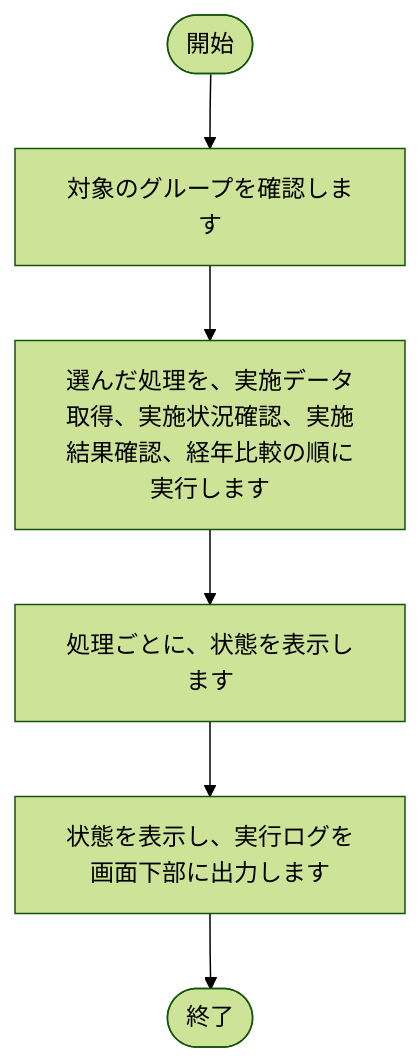
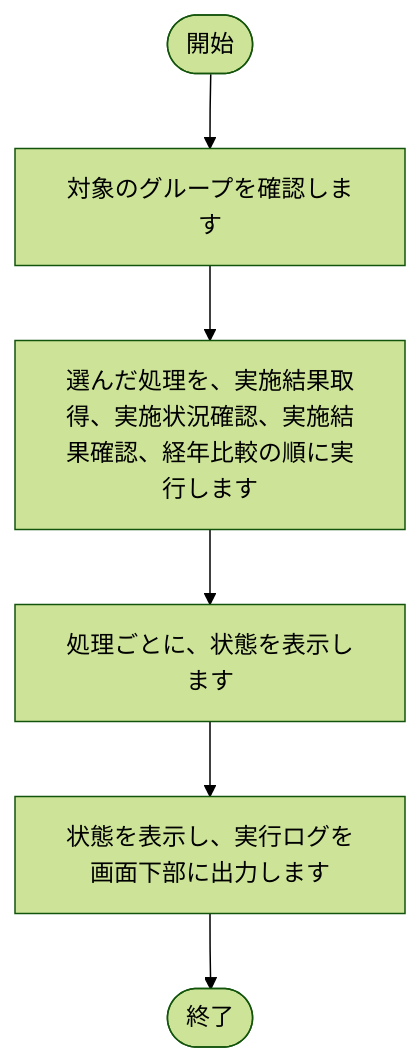
One commit to nishida2073/project_management changed the first of 25 diagrams in tool/track-aggregator/doc/02_設計/処理フロー.md. Above: the diagram before and after it, drawn with Mermaid (forest theme). The commit also changed other lines of this file and 16 other files, not shown here.

````diff
--- a/tool/track-aggregator/doc/02_設計/処理フロー.md
+++ b/tool/track-aggregator/doc/02_設計/処理フロー.md
@@ -46,14 +46,14 @@
 ```mermaid
 flowchart TD
     S(["開始"])
     E(["終了"])
     N1["対象のグループを確認します"]
     S --> N1
-    N2["選んだ処理を、実施データ取得、実施状況確認、実施結果確認、経年比較の順に実行します"]
+    N2["選んだ処理を、実施結果取得、実施状況確認、実施結果確認、経年比較の順に実行します"]
     N1 --> N2
     N3["処理ごとに、状態を表示します"]
     N2 --> N3
     N4["状態を表示し、実行ログを画面下部に出力します"]
     N3 --> N4
     N4 --> E
 ```
````
